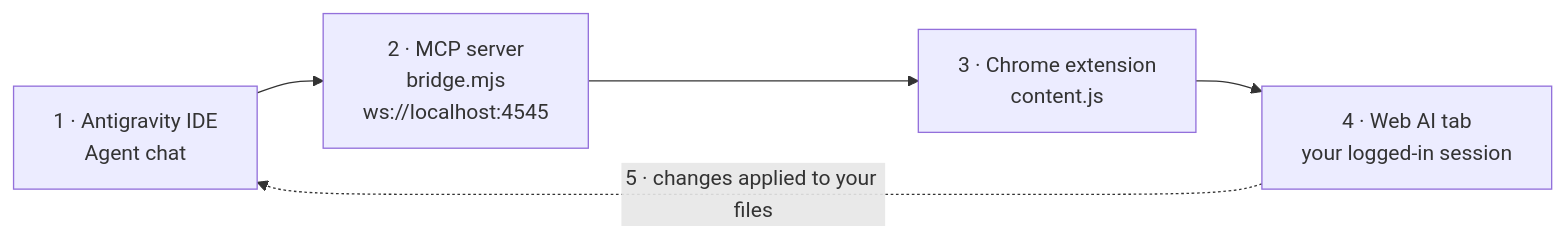
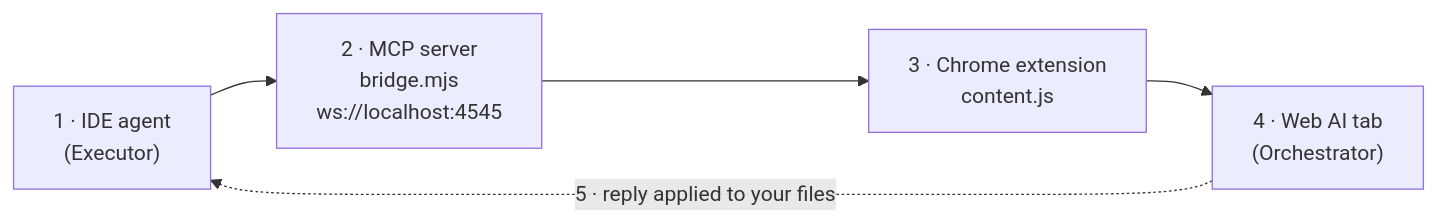
The diagram in README.md (GoulagmanYt/antigravity-universal-ai-bridge), drawn with Mermaid before and after one commit. The commit also changed other lines of this file and 21 other files, not shown here.

Commit message:
feat(branding): rename to WebAI Bridge, add NOTICE and fork attribution

````diff
--- a/README.md
+++ b/README.md
@@ -32,7 +37,7 @@
 ```mermaid
 flowchart LR
-    A["1 · Antigravity IDE<br/>Agent chat"] --> B["2 · MCP server<br/>bridge.mjs<br/>ws://localhost:4545"]
+    A["1 · IDE agent<br/>(Executor)"] --> B["2 · MCP server<br/>bridge.mjs<br/>ws://localhost:4545"]
     B --> C["3 · Chrome extension<br/>content.js"]
-    C --> D["4 · Web AI tab<br/>your logged-in session"]
-    D -. "5 · changes applied to your files" .-> A
+    C --> D["4 · Web AI tab<br/>(Orchestrator)"]
+    D -. "5 · reply applied to your files" .-> A
 ```
````
